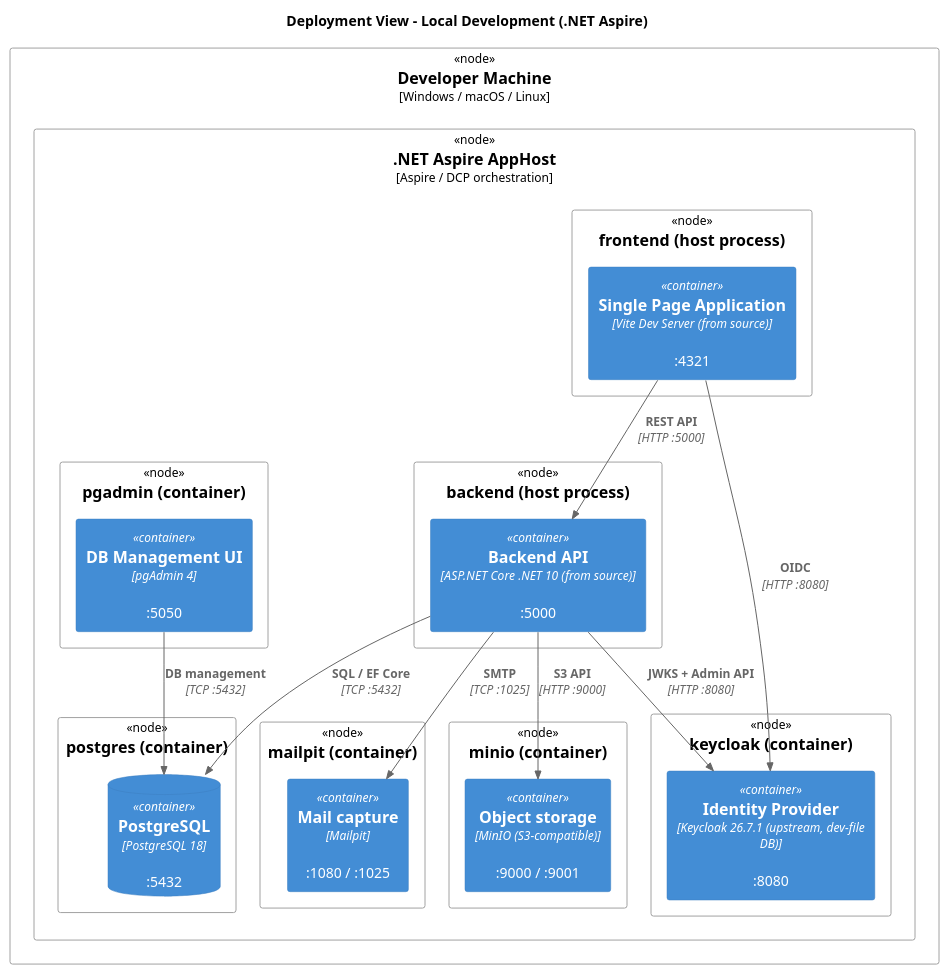
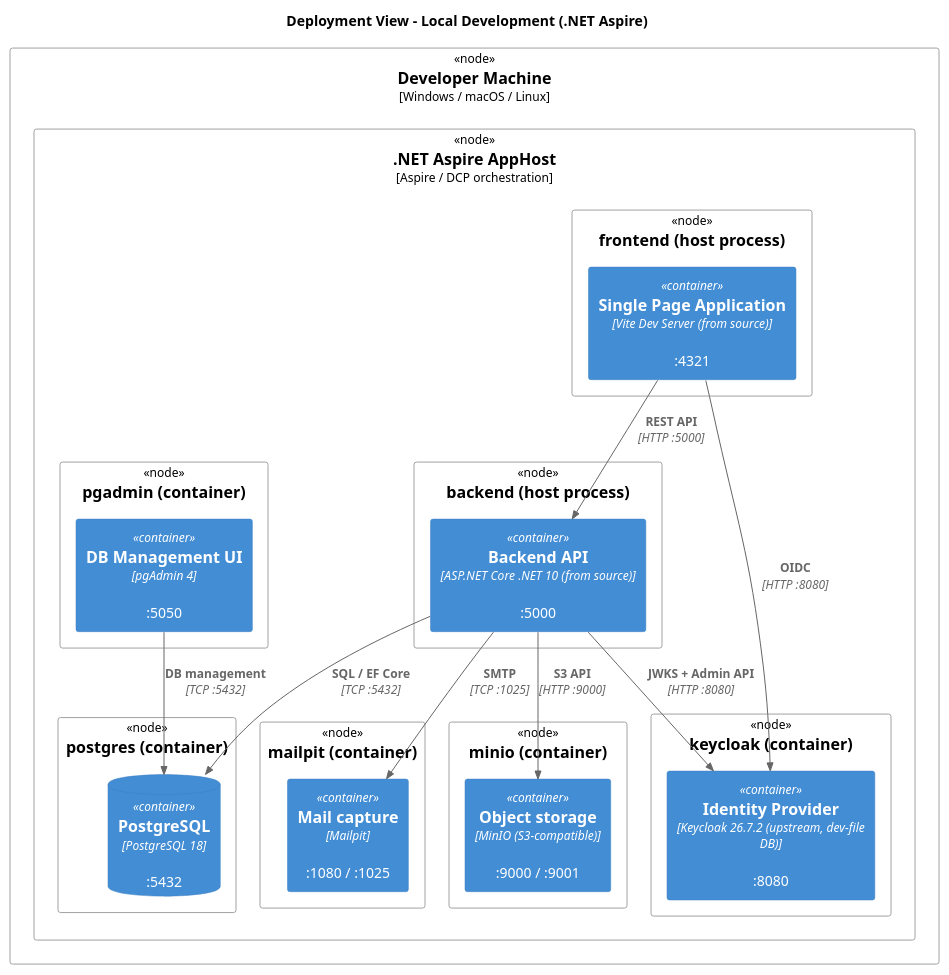
The diagram in docs/Architecture/images/deployment-local.puml (maik-hasler/einsatzbereit), drawn with PlantUML before and after one commit. The commit also changed 10 other files, not shown here.

```diff
--- a/docs/Architecture/images/deployment-local.puml
+++ b/docs/Architecture/images/deployment-local.puml
@@ -1,48 +1,48 @@
 @startuml Local Development Deployment
 
 !include <C4/C4_Deployment>
 
 title Deployment View - Local Development (.NET Aspire)
 
 Deployment_Node(machine, "Developer Machine", "Windows / macOS / Linux") {
 	Deployment_Node(aspire, ".NET Aspire AppHost", "Aspire / DCP orchestration") {
 
 		Deployment_Node(frontend_node, "frontend (host process)") {
 			Container(frontend, "Single Page Application", "Vite Dev Server (from source)", ":4321")
 		}
 
 		Deployment_Node(backend_node, "backend (host process)") {
 			Container(backend, "Backend API", "ASP.NET Core .NET 10 (from source)", ":5000")
 		}
 
 		Deployment_Node(keycloak_node, "keycloak (container)") {
-			Container(keycloak, "Identity Provider", "Keycloak 26.7.1 (upstream, dev-file DB)", ":8080")
+			Container(keycloak, "Identity Provider", "Keycloak 26.7.2 (upstream, dev-file DB)", ":8080")
 		}
 
 		Deployment_Node(postgres_node, "postgres (container)") {
 			ContainerDb(postgres, "PostgreSQL", "PostgreSQL 18", ":5432")
 		}
 
 		Deployment_Node(pgadmin_node, "pgadmin (container)") {
 			Container(pgadmin, "DB Management UI", "pgAdmin 4", ":5050")
 		}
 
 		Deployment_Node(mailpit_node, "mailpit (container)") {
 			Container(mailpit, "Mail capture", "Mailpit", ":1080 / :1025")
 		}
 
 		Deployment_Node(minio_node, "minio (container)") {
 			Container(minio, "Object storage", "MinIO (S3-compatible)", ":9000 / :9001")
 		}
 	}
 }
 
 Rel(frontend, backend, "REST API", "HTTP :5000")
 Rel(frontend, keycloak, "OIDC", "HTTP :8080")
 Rel(backend, postgres, "SQL / EF Core", "TCP :5432")
 Rel(backend, keycloak, "JWKS + Admin API", "HTTP :8080")
 Rel(backend, mailpit, "SMTP", "TCP :1025")
 Rel(backend, minio, "S3 API", "HTTP :9000")
 Rel(pgadmin, postgres, "DB management", "TCP :5432")
 
 @enduml
```
